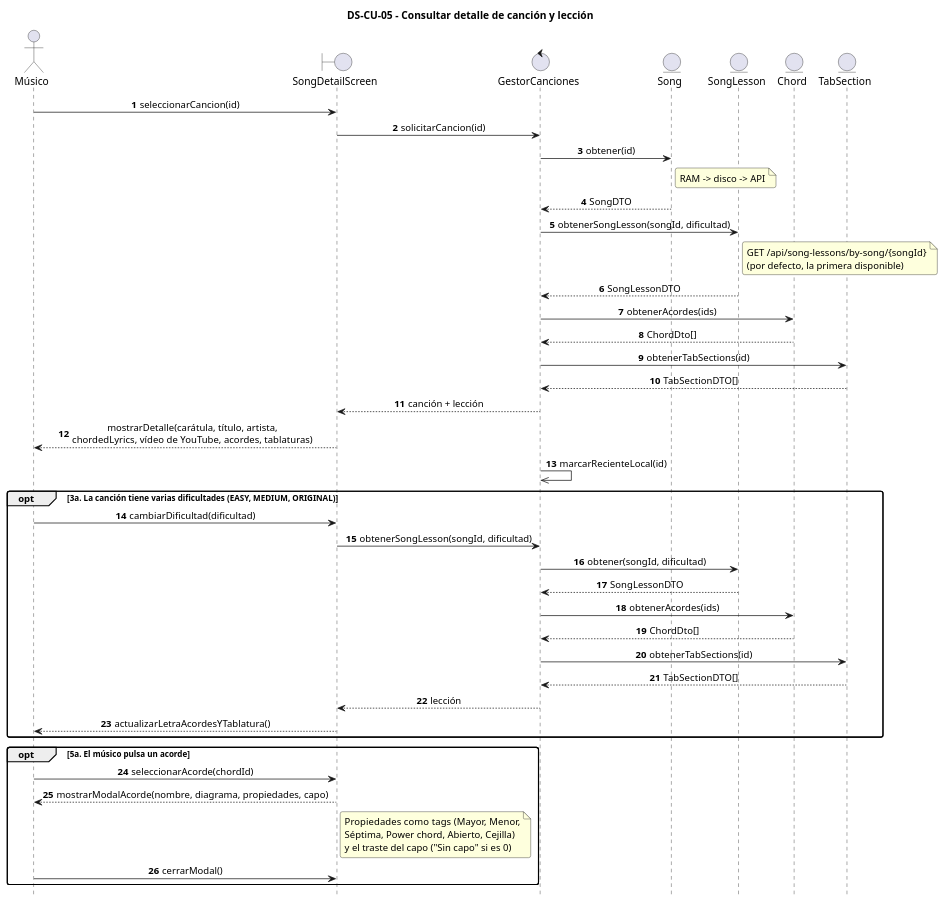
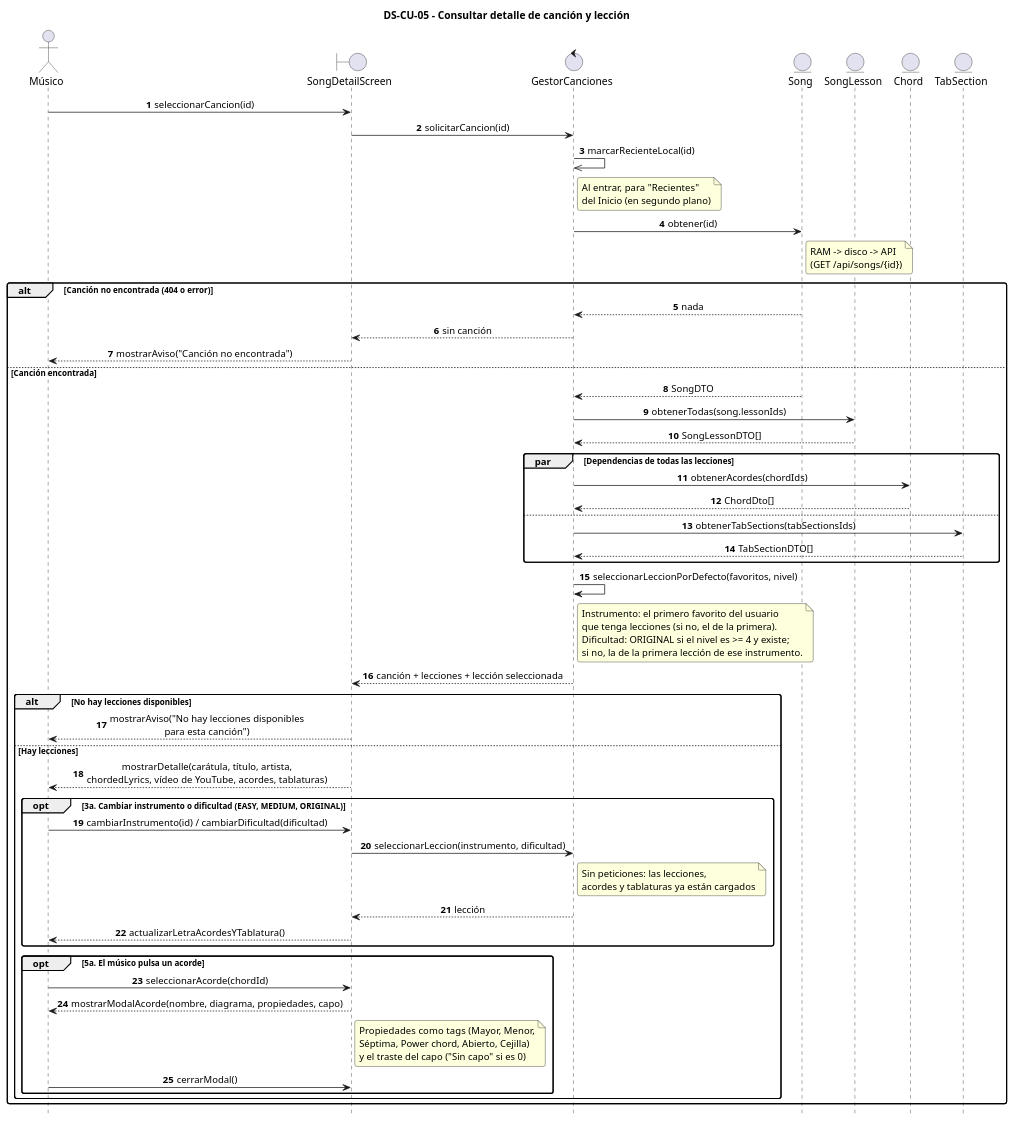
Before and after one commit to adrianmahialoredo/TFG: the diagram in diagrams/use_cases/description/CU05_consultar_cancion.puml, drawn with PlantUML. The commit also changed 221 other files, not shown here.

```diff
--- a/diagrams/use_cases/description/CU05_consultar_cancion.puml
+++ b/diagrams/use_cases/description/CU05_consultar_cancion.puml
@@ -1,57 +1,72 @@
 @startuml DS-CU-05
 title DS-CU-05 - Consultar detalle de canción y lección
 
 ' Diagrama de secuencia de análisis (patrón Boundary-Control-Entity)
+' Fuentes: SongScreen.tsx, useSong.ts, song.repository.ts, songScreen.store.ts, ChordModal.tsx
 autonumber
 hide footbox
 skinparam sequenceMessageAlign center
 skinparam roundcorner 6
 
 actor "Músico" as musico
 boundary "SongDetailScreen" as pantalla
 control "GestorCanciones" as gestor
 entity "Song" as song
 entity "SongLesson" as leccion
 entity "Chord" as chord
 entity "TabSection" as tab
 
 musico -> pantalla : seleccionarCancion(id)
 pantalla -> gestor : solicitarCancion(id)
+gestor ->> gestor : marcarRecienteLocal(id)
+note right of gestor : Al entrar, para "Recientes"\ndel Inicio (en segundo plano)
 gestor -> song : obtener(id)
-note right of song : RAM -> disco -> API
-song --> gestor : SongDTO
+note right of song : RAM -> disco -> API\n(GET /api/songs/{id})
 
-gestor -> leccion : obtenerSongLesson(songId, dificultad)
-note right of leccion : GET /api/song-lessons/by-song/{songId}\n(por defecto, la primera disponible)
-leccion --> gestor : SongLessonDTO
+alt Canción no encontrada (404 o error)
+    song --> gestor : nada
+    gestor --> pantalla : sin canción
+    pantalla --> musico : mostrarAviso("Canción no encontrada")
+else Canción encontrada
+    song --> gestor : SongDTO
+    gestor -> leccion : obtenerTodas(song.lessonIds)
+    leccion --> gestor : SongLessonDTO[]
+    par Dependencias de todas las lecciones
+        gestor -> chord : obtenerAcordes(chordIds)
+        chord --> gestor : ChordDto[]
+    else
+        gestor -> tab : obtenerTabSections(tabSectionsIds)
+        tab --> gestor : TabSectionDTO[]
+    end
+    gestor -> gestor : seleccionarLeccionPorDefecto(favoritos, nivel)
+    note right of gestor
+        Instrumento: el primero favorito del usuario
+        que tenga lecciones (si no, el de la primera).
+        Dificultad: ORIGINAL si el nivel es >= 4 y existe;
+        si no, la de la primera lección de ese instrumento.
+    end note
+    gestor --> pantalla : canción + lecciones + lección seleccionada
 
-gestor -> chord : obtenerAcordes(ids)
-chord --> gestor : ChordDto[]
-gestor -> tab : obtenerTabSections(id)
-tab --> gestor : TabSectionDTO[]
+    alt No hay lecciones disponibles
+        pantalla --> musico : mostrarAviso("No hay lecciones disponibles\npara esta canción")
+    else Hay lecciones
+        pantalla --> musico : mostrarDetalle(carátula, título, artista,\nchordedLyrics, vídeo de YouTube, acordes, tablaturas)
 
-gestor --> pantalla : canción + lección
-pantalla --> musico : mostrarDetalle(carátula, título, artista,\nchordedLyrics, vídeo de YouTube, acordes, tablaturas)
-gestor ->> gestor : marcarRecienteLocal(id)
+        opt 3a. Cambiar instrumento o dificultad (EASY, MEDIUM, ORIGINAL)
+            musico -> pantalla : cambiarInstrumento(id) / cambiarDificultad(dificultad)
+            pantalla -> gestor : seleccionarLeccion(instrumento, dificultad)
+            note right of gestor : Sin peticiones: las lecciones,\nacordes y tablaturas ya están cargados
+            gestor --> pantalla : lección
+            pantalla --> musico : actualizarLetraAcordesYTablatura()
+        end
 
-opt 3a. La canción tiene varias dificultades (EASY, MEDIUM, ORIGINAL)
-    musico -> pantalla : cambiarDificultad(dificultad)
-    pantalla -> gestor : obtenerSongLesson(songId, dificultad)
-    gestor -> leccion : obtener(songId, dificultad)
-    leccion --> gestor : SongLessonDTO
-    gestor -> chord : obtenerAcordes(ids)
-    chord --> gestor : ChordDto[]
-    gestor -> tab : obtenerTabSections(id)
-    tab --> gestor : TabSectionDTO[]
-    gestor --> pantalla : lección
-    pantalla --> musico : actualizarLetraAcordesYTablatura()
-end
-
-opt 5a. El músico pulsa un acorde
-    musico -> pantalla : seleccionarAcorde(chordId)
-    pantalla --> musico : mostrarModalAcorde(nombre, diagrama, propiedades, capo)
-    note right of pantalla : Propiedades como tags (Mayor, Menor,\nSéptima, Power chord, Abierto, Cejilla)\ny el traste del capo ("Sin capo" si es 0)
-    musico -> pantalla : cerrarModal()
+        opt 5a. El músico pulsa un acorde
+            musico -> pantalla : seleccionarAcorde(chordId)
+            pantalla --> musico : mostrarModalAcorde(nombre, diagrama, propiedades, capo)
+            note right of pantalla : Propiedades como tags (Mayor, Menor,\nSéptima, Power chord, Abierto, Cejilla)\ny el traste del capo ("Sin capo" si es 0)
+            musico -> pantalla : cerrarModal()
+        end
+    end
 end
 
 @enduml
```
